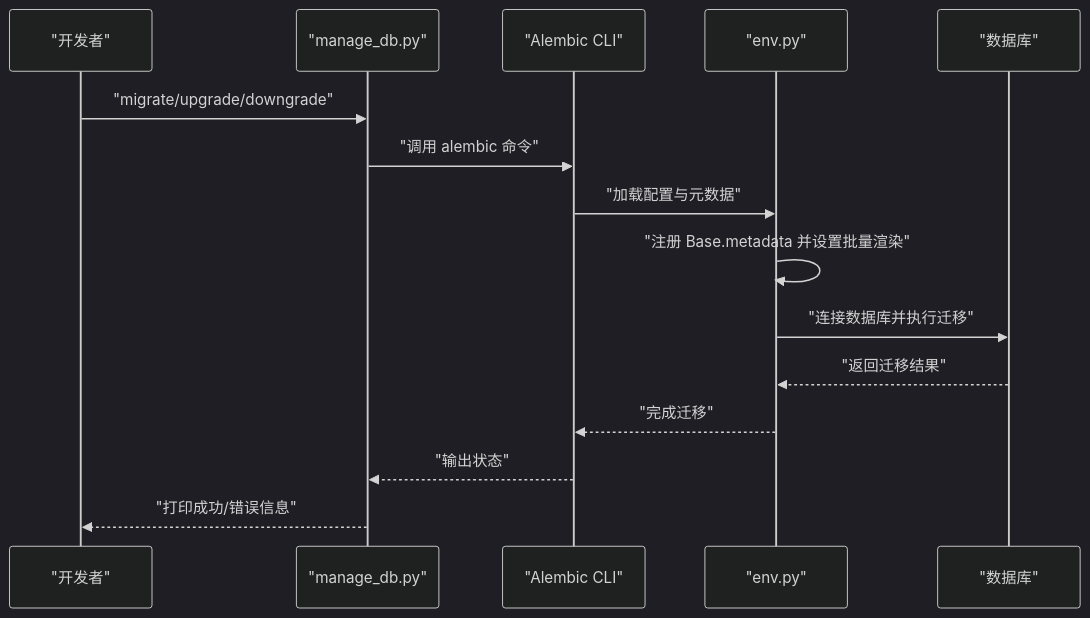
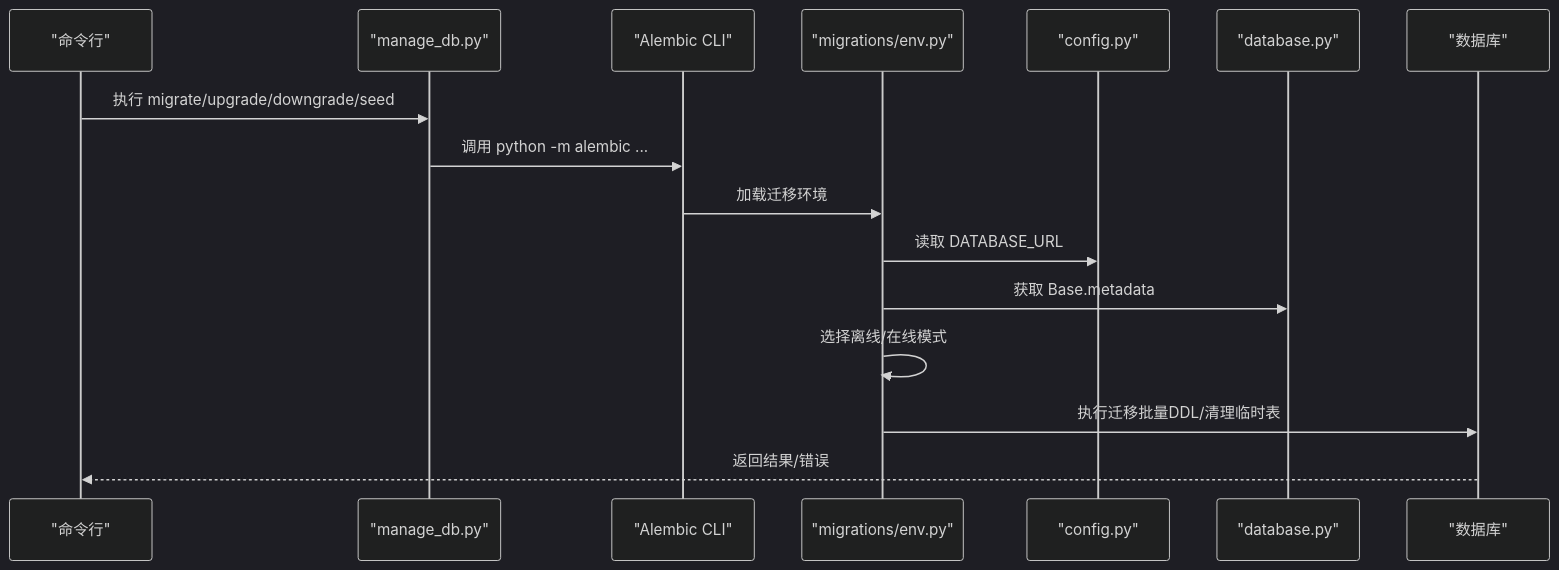
The second of 6 diagrams in .qoder/repowiki/zh/content/数据库设计/数据库迁移管理.md (KunLabAI/KunFlix), drawn with Mermaid (dark theme) before and after one commit. The commit also changed other lines of this file and 275 other files, not shown here.

````diff
--- a/.qoder/repowiki/zh/content/数据库设计/数据库迁移管理.md
+++ b/.qoder/repowiki/zh/content/数据库设计/数据库迁移管理.md
@@ -164,17 +97,18 @@
 ```mermaid
 sequenceDiagram
-participant Dev as "开发者"
-participant Script as "manage_db.py"
-participant Alembic as "Alembic CLI"
-participant Env as "env.py"
-participant DB as "数据库"
-Dev->>Script : "migrate/upgrade/downgrade"
-Script->>Alembic : "调用 alembic 命令"
-Alembic->>Env : "加载配置与元数据"
-Env->>Env : "注册 Base.metadata 并设置批量渲染"
-Env->>DB : "连接数据库并执行迁移"
-DB-->>Env : "返回迁移结果"
-Env-->>Alembic : "完成迁移"
-Alembic-->>Script : "输出状态"
-Script-->>Dev : "打印成功/错误信息"
+participant CLI as "命令行"
+participant MDB as "manage_db.py"
+participant ALE as "Alembic CLI"
+participant ENV as "migrations/env.py"
+participant CFG as "config.py"
+participant DB as "database.py"
+participant SQL as "数据库"
+CLI->>MDB : 执行 migrate/upgrade/downgrade/seed
+MDB->>ALE : 调用 python -m alembic ...
+ALE->>ENV : 加载迁移环境
+ENV->>CFG : 读取 DATABASE_URL
+ENV->>DB : 获取 Base.metadata
+ENV->>ENV : 选择离线/在线模式
+ENV->>SQL : 执行迁移批量DDL/清理临时表
+SQL-->>CLI : 返回结果/错误
 ```
````
